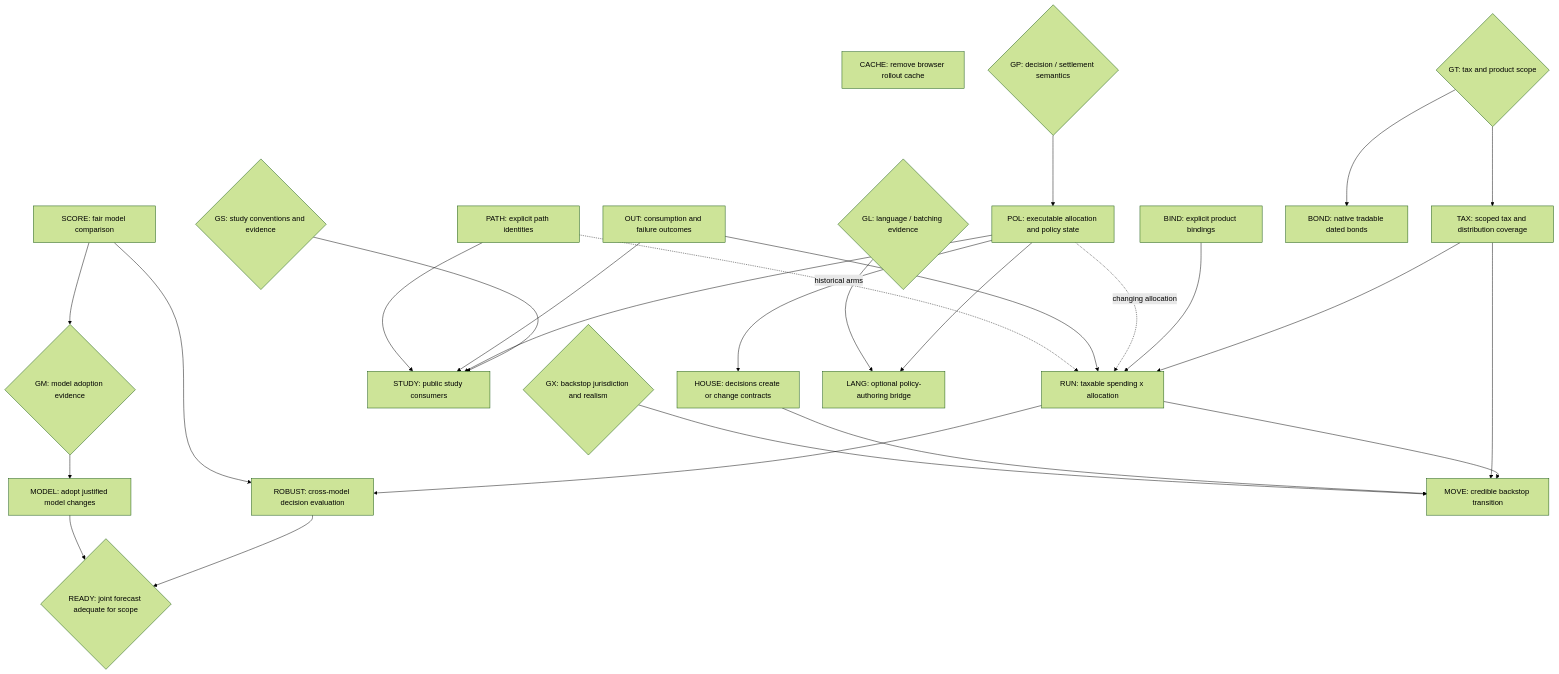
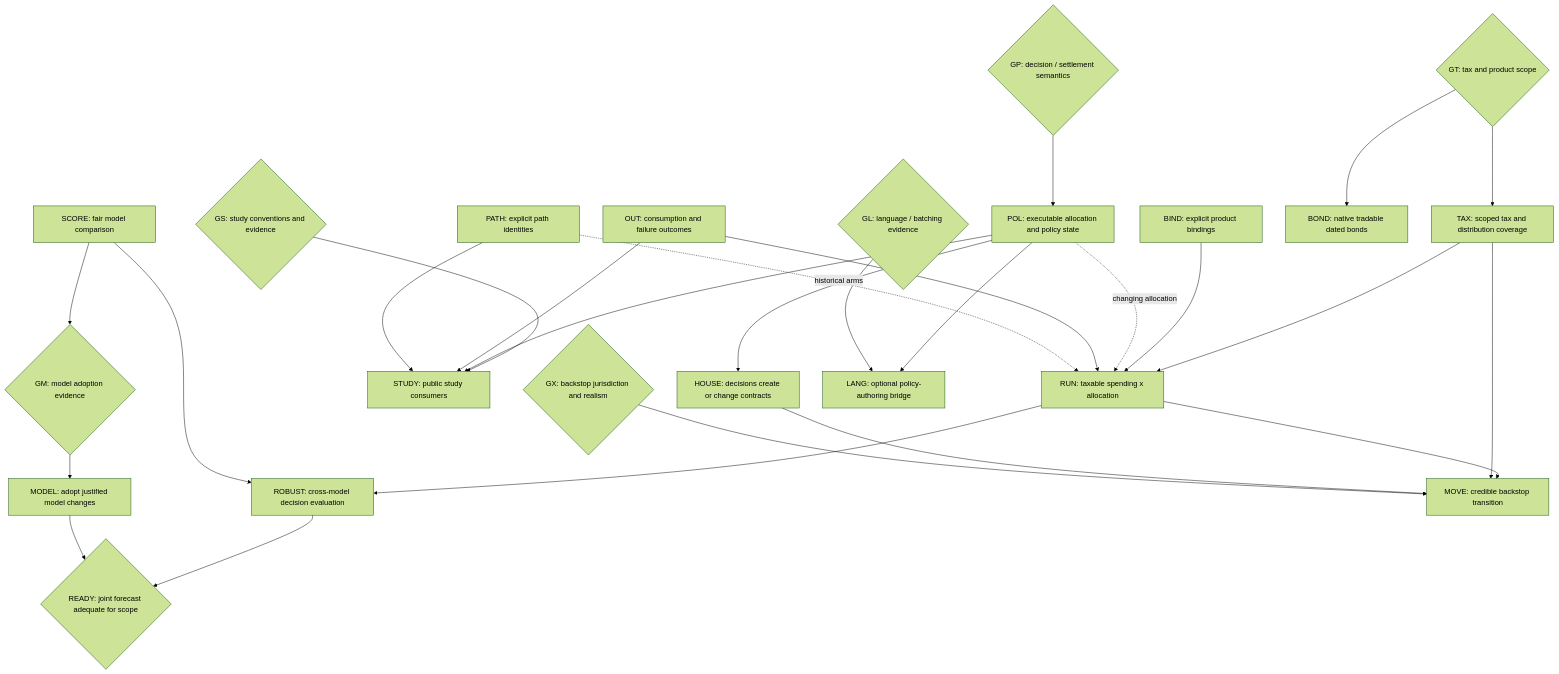
The diagram in finance/augur/plans/roadmap.md (agentydragon-agent/ducktape), drawn with Mermaid (forest theme) before and after one commit. The commit also changed other lines of this file and 5 other files, not shown here.

````diff
--- a/finance/augur/plans/roadmap.md
+++ b/finance/augur/plans/roadmap.md
@@ -129,43 +127,42 @@
 ```mermaid
 flowchart TB
-    CACHE["CACHE: remove browser rollout cache"]
     PATH["PATH: explicit path identities"]
     OUT["OUT: consumption and failure outcomes"]
     BIND["BIND: explicit product bindings"]
     GP{"GP: decision / settlement semantics"}
     GT{"GT: tax and product scope"}
     GS{"GS: study conventions and evidence"}
     GX{"GX: backstop jurisdiction and realism"}
     GL{"GL: language / batching evidence"}
 
     GP --> POL["POL: executable allocation and policy state"]
     GT --> TAX["TAX: scoped tax and distribution coverage"]
     GT --> BOND["BOND: native tradable dated bonds"]
     POL --> HOUSE["HOUSE: decisions create or change contracts"]
 
     PATH --> STUDY["STUDY: public study consumers"]
     OUT --> STUDY
     POL --> STUDY
     GS --> STUDY
 
     PATH -. historical arms .-> RUN["RUN: taxable spending x allocation"]
     OUT --> RUN
     POL -. changing allocation .-> RUN
     BIND --> RUN
     TAX --> RUN
 
     SCORE["SCORE: fair model comparison"] --> GM{"GM: model adoption evidence"}
     GM --> MODEL["MODEL: adopt justified model changes"]
     SCORE --> ROBUST["ROBUST: cross-model decision evaluation"]
     RUN --> ROBUST
     MODEL --> READY{"READY: joint forecast adequate for scope"}
     ROBUST --> READY
 
     GX --> MOVE["MOVE: credible backstop transition"]
     HOUSE --> MOVE
     TAX --> MOVE
     RUN --> MOVE
 
     GL --> LANG["LANG: optional policy-authoring bridge"]
     POL --> LANG
 ```
````
